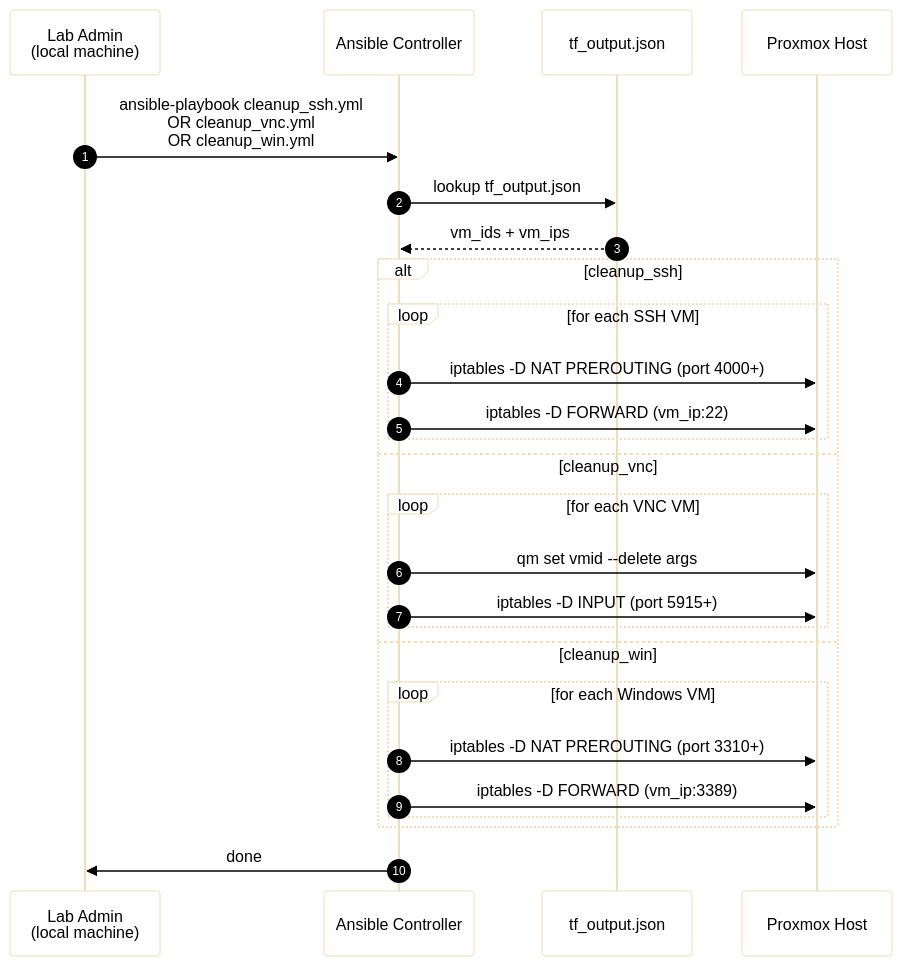
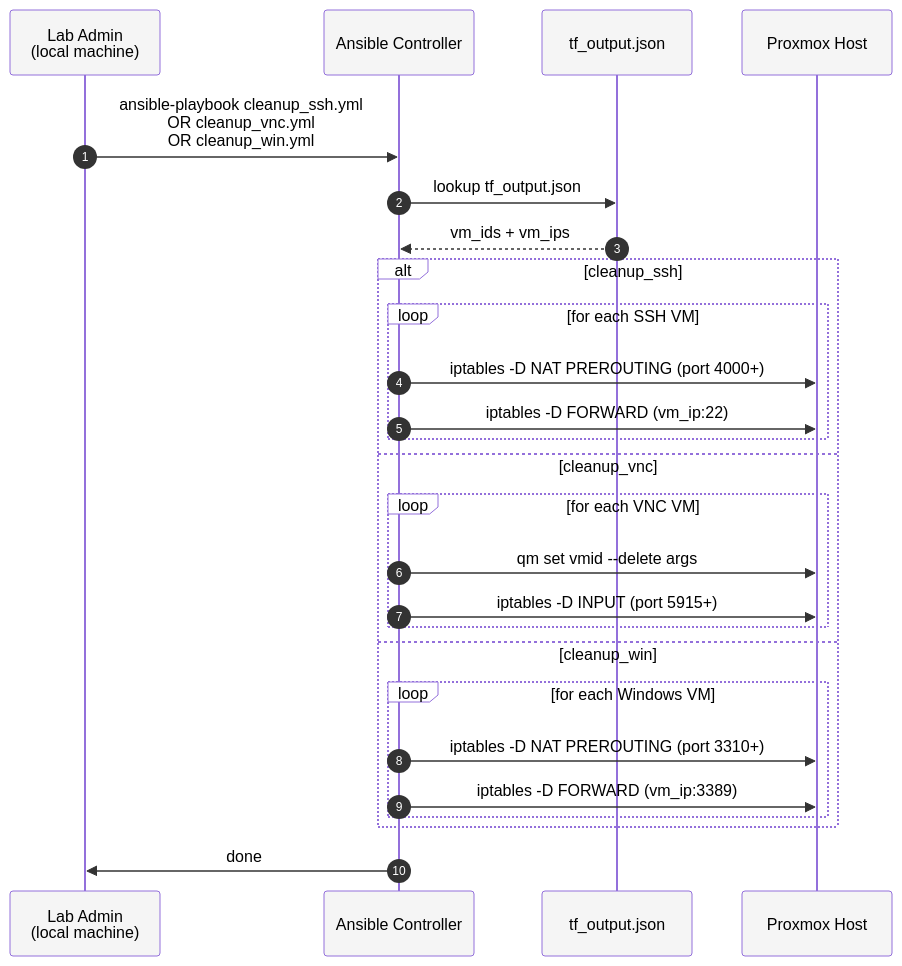
One commit to abdou-ing/playsoft-jilani-gharbi changed the second of 2 diagrams in playsoft-infra/ansible/SEQUENCE.md. Above: the diagram before and after it, drawn with Mermaid. The commit also changed other lines of this file, not shown here.

Commit message:
sequence diagram add color

````diff
--- a/playsoft-infra/ansible/SEQUENCE.md
+++ b/playsoft-infra/ansible/SEQUENCE.md
@@ -116,33 +116,33 @@
 ```mermaid
-%%{init: {'theme': 'base', 'themeVariables': {'background': '#ffffff', 'mainBkg': '#ffffff', 'textColor': '#000000', 'actorTextColor': '#000000', 'actorBkg': '#ffffff', 'actorBorderColor': '#000000', 'signalColor': '#000000', 'signalTextColor': '#000000', 'noteTextColor': '#000000', 'noteBkgColor': '#ffffff', 'noteBorderColor': '#000000', 'loopTextColor': '#000000', 'activationBorderColor': '#000000', 'activationBkgColor': '#ffffff'}}}%%
+%%{init: {'theme': 'default', 'themeVariables': {'background': '#ffffff', 'mainBkg': '#ffffff', 'textColor': '#000000', 'actorTextColor': '#000000', 'actorBkg': '#f5f5f5', 'actorBorderColor': '#333333', 'signalColor': '#333333', 'signalTextColor': '#000000', 'noteTextColor': '#000000', 'noteBkgColor': '#ffffcc', 'noteBorderColor': '#333333', 'loopTextColor': '#000000', 'activationBorderColor': '#333333', 'activationBkgColor': '#e8e8e8', 'sequenceNumberColor': '#ffffff'}}}%%
 sequenceDiagram
     autonumber
     participant Op as Lab Admin<br/>(local machine)
     participant AC as Ansible Controller
     participant TF as tf_output.json
     participant PVE as Proxmox Host
 
     Op->>AC: ansible-playbook cleanup_ssh.yml<br/>OR cleanup_vnc.yml<br/>OR cleanup_win.yml
 
     AC->>TF: lookup tf_output.json
     TF-->>AC: vm_ids + vm_ips
 
     alt cleanup_ssh
         loop for each SSH VM
             AC->>PVE: iptables -D NAT PREROUTING (port 4000+)
             AC->>PVE: iptables -D FORWARD (vm_ip:22)
         end
     else cleanup_vnc
         loop for each VNC VM
             AC->>PVE: qm set vmid --delete args
             AC->>PVE: iptables -D INPUT (port 5915+)
         end
     else cleanup_win
         loop for each Windows VM
             AC->>PVE: iptables -D NAT PREROUTING (port 3310+)
             AC->>PVE: iptables -D FORWARD (vm_ip:3389)
         end
     end
 
     AC->>Op: done
 ```
````
